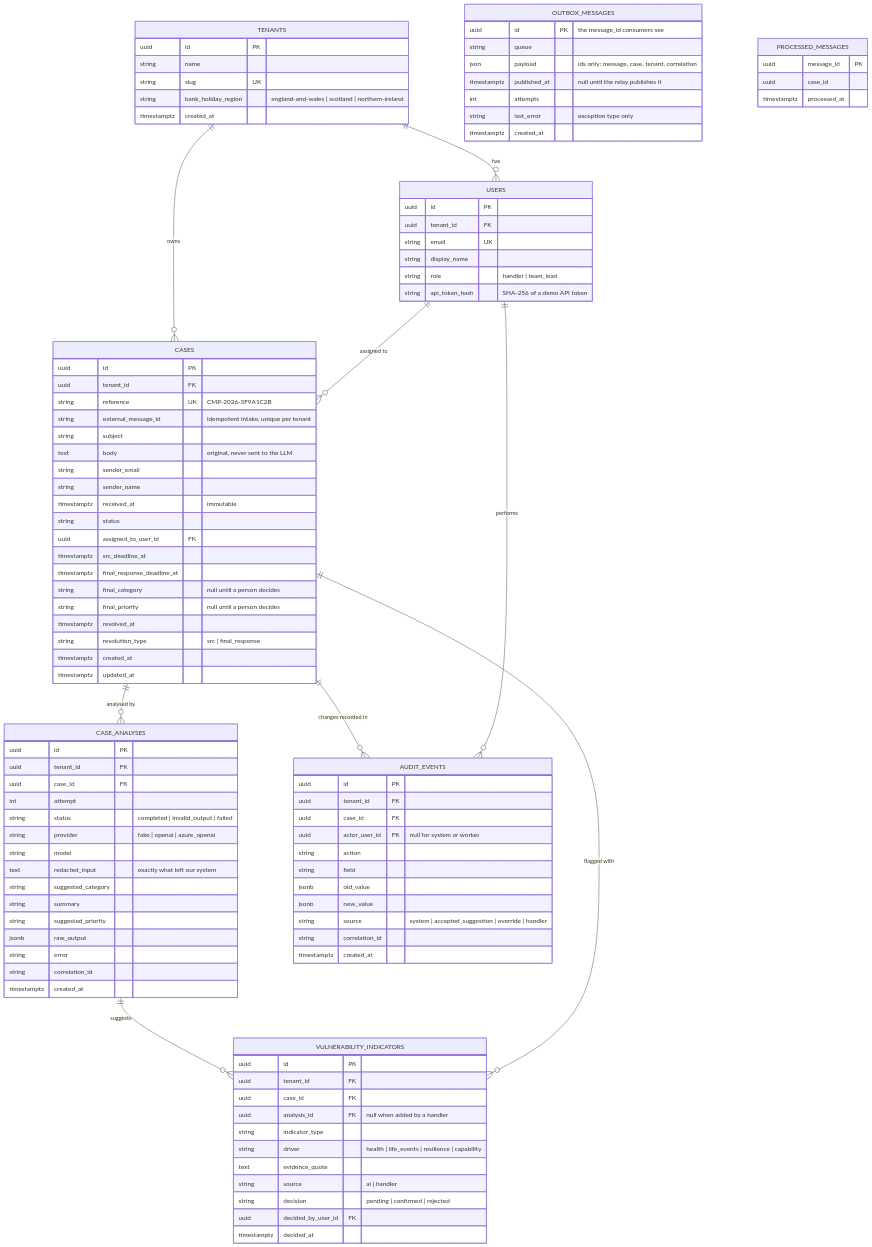
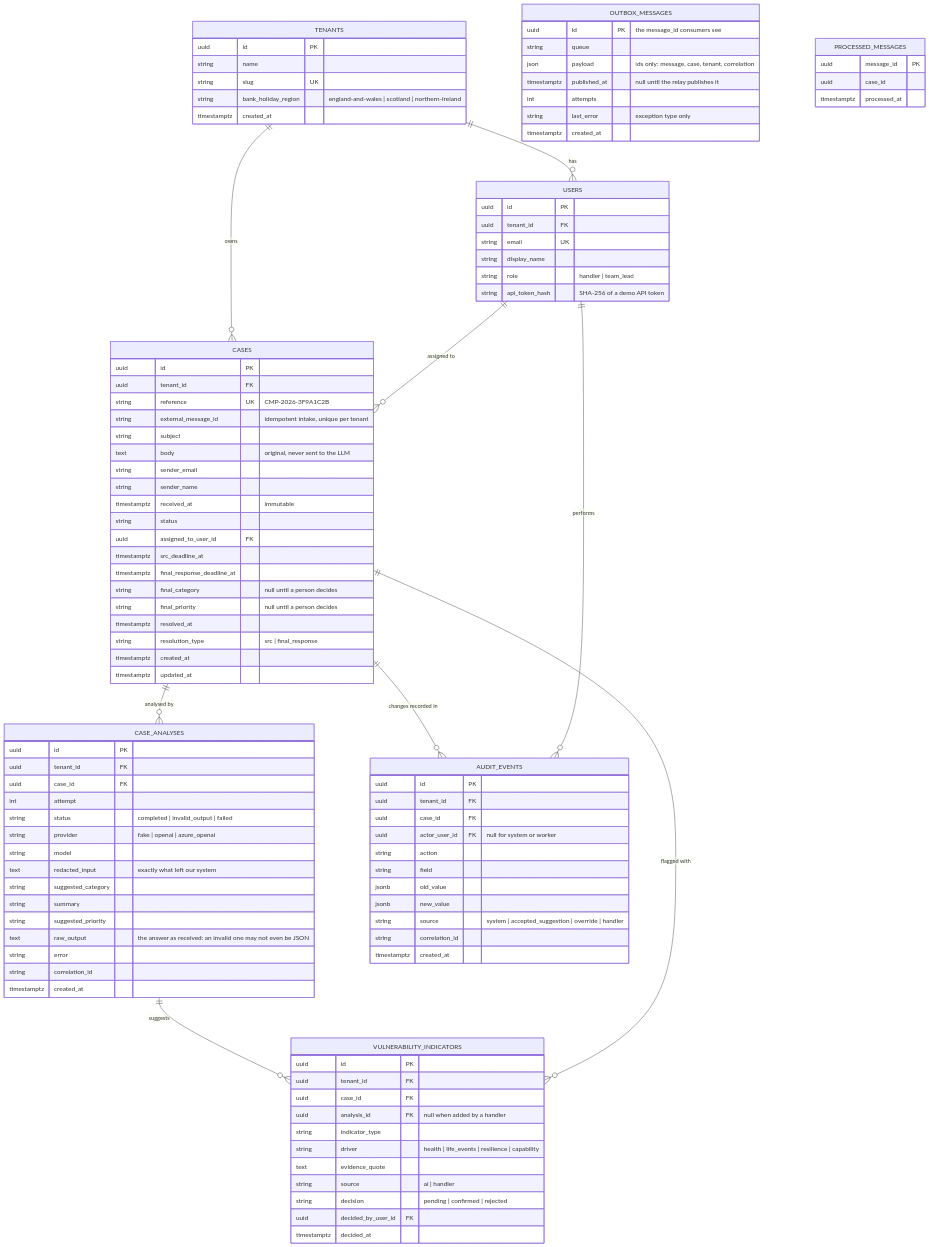
The first of 2 diagrams in docs/data-model.md (IRAKLIABELASHVILI/complaint-intake-copilot), drawn with Mermaid before and after one commit. The commit also changed 41 other files, not shown here.

```diff
--- a/docs/data-model.md
+++ b/docs/data-model.md
@@ -62,7 +62,7 @@
         string suggested_category
         string summary
         string suggested_priority
-        jsonb raw_output
+        text raw_output "the answer as received: an invalid one may not even be JSON"
         string error
         string correlation_id
         timestamptz created_at
```
